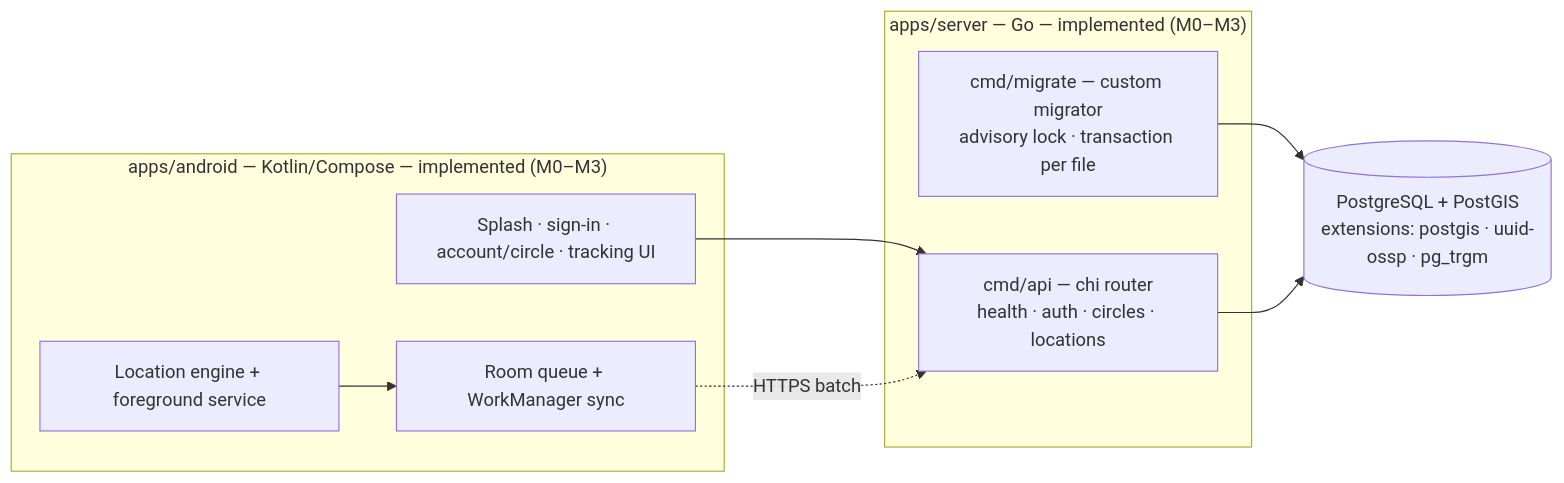
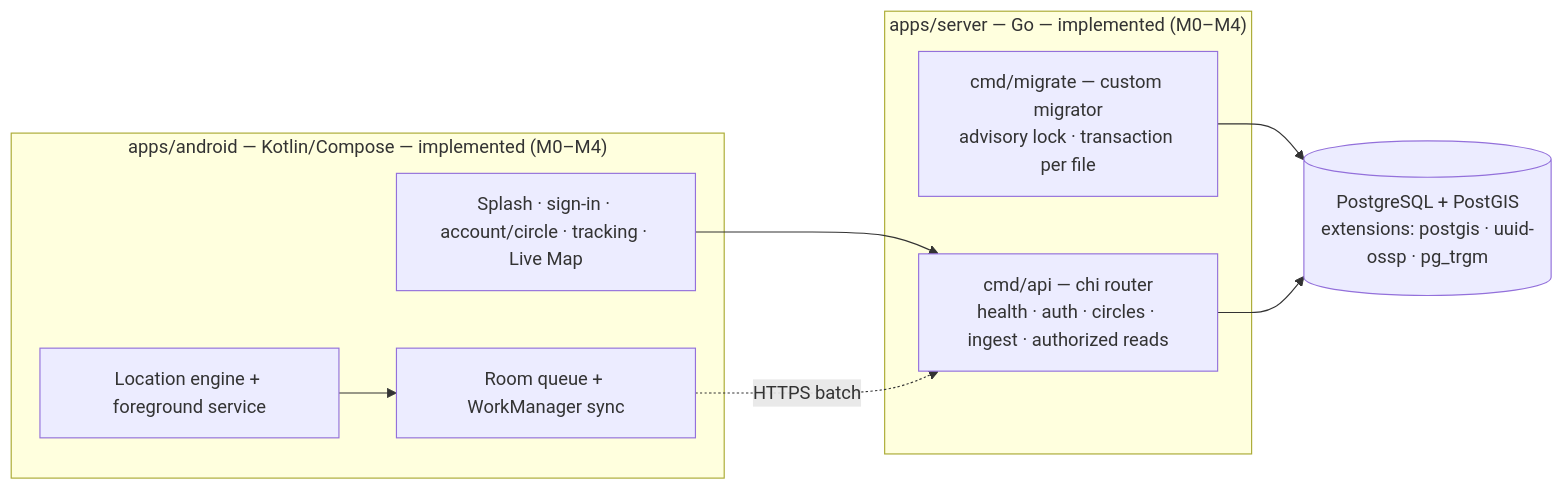
The first of 5 diagrams in docs/architecture/overview.md (QuocDuong16/anve), drawn with Mermaid before and after one commit. The commit also changed other lines of this file and 43 other files, not shown here.

Commit message:
feat(location): add temporal audience authorization and live map

````diff
--- a/docs/architecture/overview.md
+++ b/docs/architecture/overview.md
@@ -17,18 +17,18 @@
 ```mermaid
 flowchart LR
-    subgraph androidI["apps/android — Kotlin/Compose — implemented (M0–M3)"]
-        UI["Splash · sign-in · account/circle · tracking UI"]
+    subgraph androidI["apps/android — Kotlin/Compose — implemented (M0–M4)"]
+        UI["Splash · sign-in · account/circle · tracking · Live Map"]
         LE["Location engine + foreground service"]
         SQ["Room queue + WorkManager sync"]
     end
-    subgraph serverI["apps/server — Go — implemented (M0–M3)"]
-        API["cmd/api — chi router<br/>health · auth · circles · locations"]
+    subgraph serverI["apps/server — Go — implemented (M0–M4)"]
+        API["cmd/api — chi router<br/>health · auth · circles · ingest · authorized reads"]
         MIG["cmd/migrate — custom migrator<br/>advisory lock · transaction per file"]
     end
     DB[("PostgreSQL + PostGIS<br/>extensions: postgis · uuid-ossp · pg_trgm")]
     UI --> API
     LE --> SQ
     SQ -. "HTTPS batch" .-> API
     MIG --> DB
     API --> DB
 ```
````
